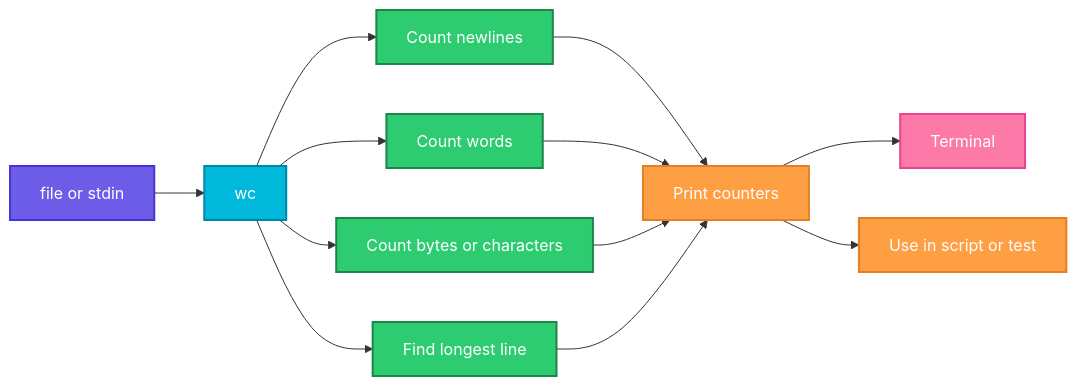
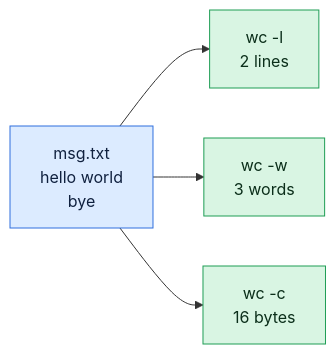
Before and after one commit to codeKerdosTech/DevOps-Documentation: the diagram in linux/text-processing/wc.md, drawn with Mermaid. The commit also changed other lines of this file and 165 other files, not shown here.

Commit message:
updated diagrams in linux

````diff
--- a/linux/text-processing/wc.md
+++ b/linux/text-processing/wc.md
@@ -14,27 +14,13 @@
 ```mermaid
 flowchart LR
-    A[file or stdin] --> B[wc]
-    B --> C[Count newlines]
-    B --> D[Count words]
-    B --> E[Count bytes or characters]
-    B --> F[Find longest line]
-    C --> G[Print counters]
-    D --> G
-    E --> G
-    F --> G
-    G --> H[Terminal]
-    G --> I[Use in script or test]
-    classDef start fill:#6C5CE7,stroke:#4834D4,stroke-width:2px,color:#fff
-    classDef proc fill:#00B8D9,stroke:#0087A8,stroke-width:2px,color:#fff
-    classDef dec fill:#FFC312,stroke:#E1A100,stroke-width:2px,color:#222
-    classDef ok fill:#2ECC71,stroke:#1E8449,stroke-width:2px,color:#fff
-    classDef err fill:#FF4757,stroke:#C0392B,stroke-width:2px,color:#fff
-    classDef out fill:#FD79A8,stroke:#E84393,stroke-width:2px,color:#fff
-    classDef alt fill:#FF9F43,stroke:#E67E22,stroke-width:2px,color:#fff
-    class A start
-    class B proc
-    class C,D,E,F ok
-    class G alt
-    class H out
-    class I alt
+    i1[msg.txt<br/>hello world<br/>bye] --> o1[wc -l<br/>2 lines]
+    i1 --> o2[wc -w<br/>3 words]
+    i1 --> o3[wc -c<br/>16 bytes]
+    classDef inp fill:#DCEBFF,stroke:#2F6FDE,color:#10213F
+    classDef cmd fill:#FFF0C2,stroke:#C98A00,color:#3A2A00
+    classDef out fill:#D9F5E3,stroke:#1F9D55,color:#0B2E1A
+    classDef bad fill:#FDE0E0,stroke:#D13B3B,color:#4A0F0F
+    classDef note fill:#ECEFF3,stroke:#7B8794,color:#1F2933
+    class i1 inp
+    class o1,o2,o3 out
 ```
````
